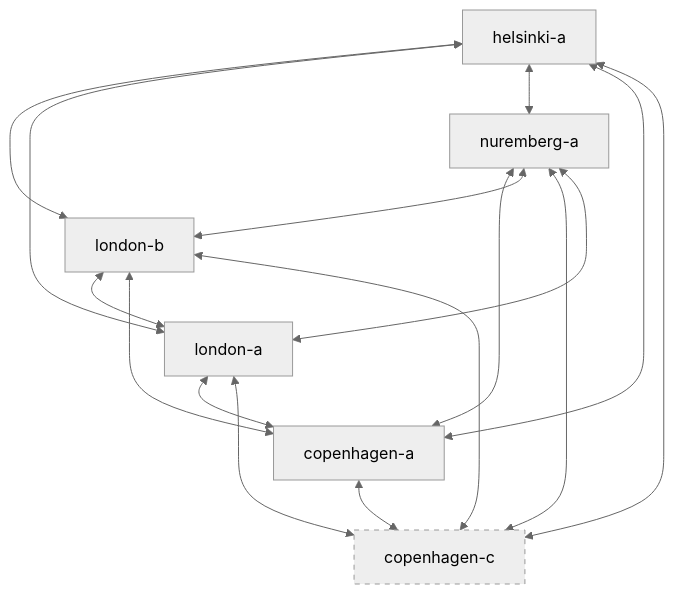
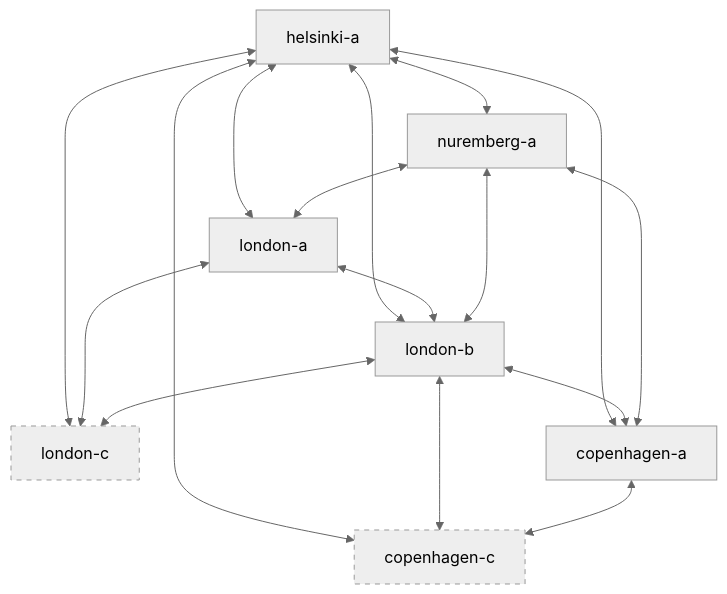
One commit to RWejlgaard/pez-infra changed the first of 2 diagrams in docs/networking.md. Above: the diagram before and after it, drawn with Mermaid (neutral theme). The commit also changed other lines of this file and 15 other files, not shown here.

````diff
--- a/docs/networking.md
+++ b/docs/networking.md
@@ -28,20 +29,21 @@
 ```mermaid
 graph TD
     HEL["helsinki-a"] <--> LB["london-b"]
     HEL <--> LA["london-a"]
+    HEL <--> LC["london-c"]
     HEL <--> NA["nuremberg-a"]
-    LB <--> LA
-    LB <--> CA["copenhagen-a"]
-    LA <--> CA
-    CA <--> CC["copenhagen-c"]
+    HEL <--> CA["copenhagen-a"]
+    HEL <--> CC["copenhagen-c"]
+    LA <--> LB
+    LA <--> LC
+    LB <--> LC
+    LB <--> CA
+    LB <--> CC
     NA <--> CA
-    HEL <--> CA
-    HEL <--> CC
-    LB <--> CC
     NA <--> LB
-    NA <--> CC
     NA <--> LA
-    LA <--> CC
+    CA <--> CC
 
     style CC stroke-dasharray: 5 5
+    style LC stroke-dasharray: 5 5
 ```
````
